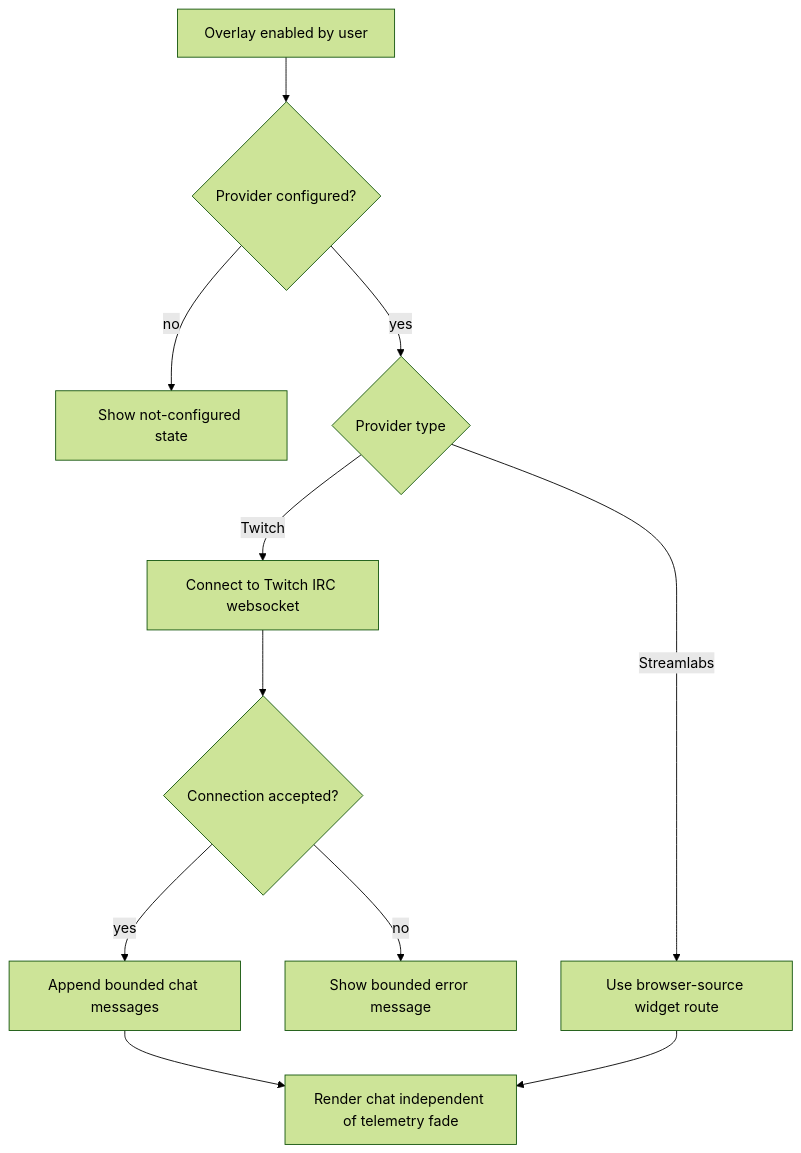
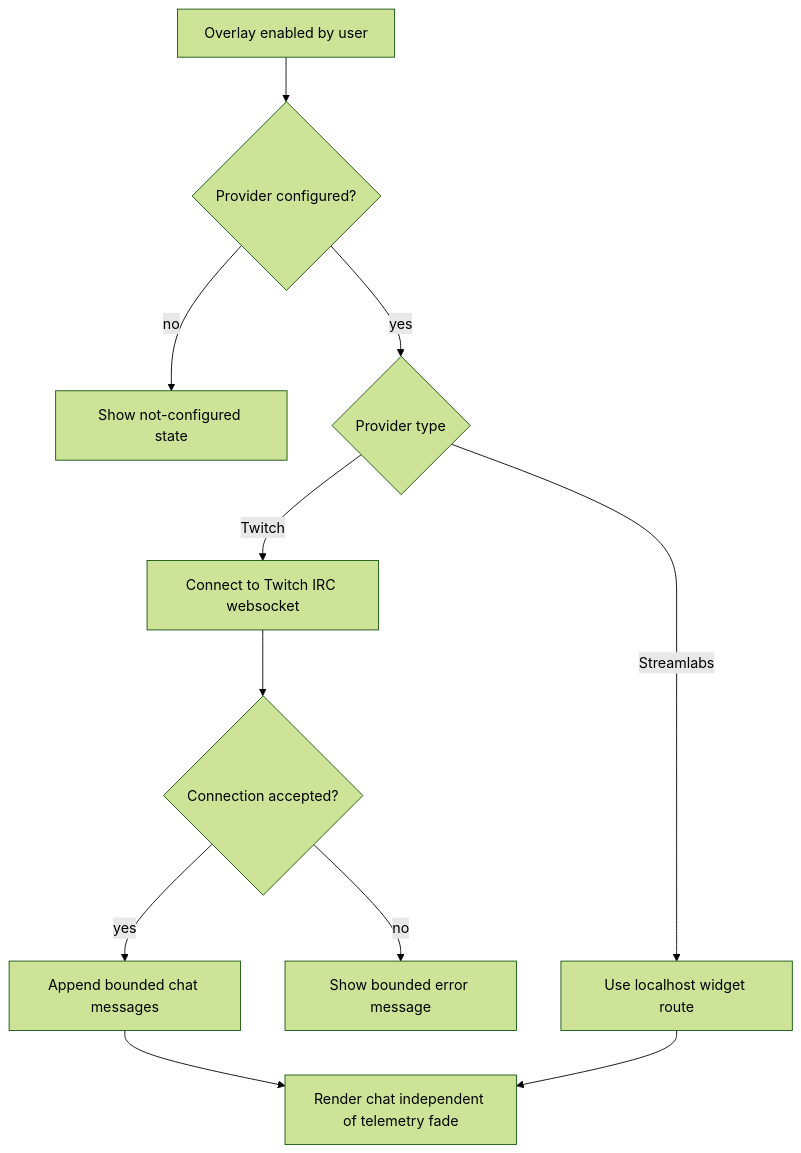
The seventh of 16 diagrams in docs/overlay-flow-diagrams.md (Boucher-David/tmrOverlay), drawn with Mermaid (forest theme) before and after one commit. The commit also changed other lines of this file and 267 other files, not shown here.

````diff
--- a/docs/overlay-flow-diagrams.md
+++ b/docs/overlay-flow-diagrams.md
@@ -119,13 +119,13 @@
 ```mermaid
 flowchart TD
     Start["Overlay enabled by user"] --> Provider{"Provider configured?"}
     Provider -- no --> NotConfigured["Show not-configured state"]
     Provider -- yes --> Source{"Provider type"}
     Source -- Twitch --> Connect["Connect to Twitch IRC websocket"]
-    Source -- Streamlabs --> BrowserOnly["Use browser-source widget route"]
+    Source -- Streamlabs --> BrowserOnly["Use localhost widget route"]
     Connect --> Valid{"Connection accepted?"}
     Valid -- no --> Error["Show bounded error message"]
     Valid -- yes --> Messages["Append bounded chat messages"]
     Messages --> Render["Render chat independent of telemetry fade"]
     BrowserOnly --> Render
 ```
````
